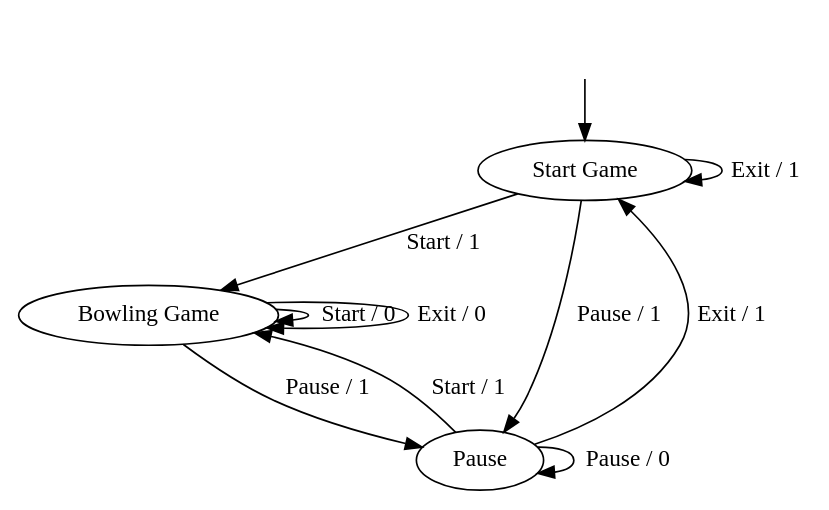
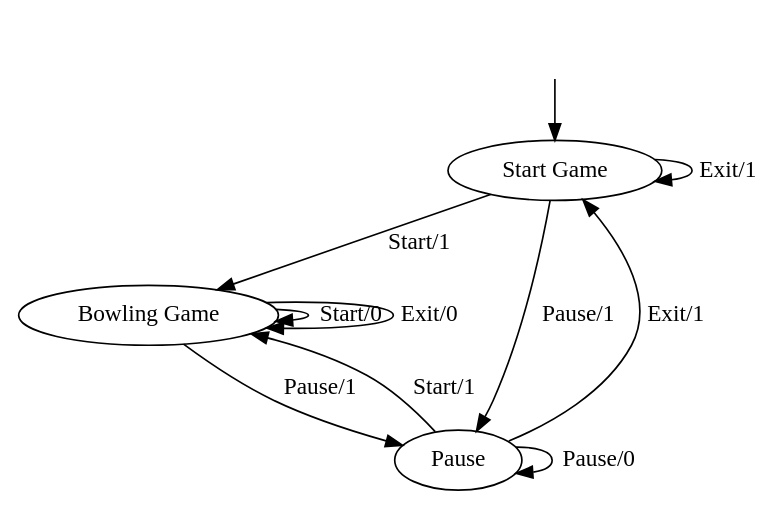
One commit to GianniM123/FFSM_fingerprint changed the diagram in FFSM_diff/dot-files/bowling.dot. Above: the diagram before and after it, drawn with Graphviz. The commit also changed 13 other files, not shown here.

```diff
--- a/FFSM_diff/dot-files/bowling.dot
+++ b/FFSM_diff/dot-files/bowling.dot
@@ -1,20 +1,20 @@
 digraph{
     	graph [version="bowling"];
 
 __start0 [label="" shape="none"];
 __start0 -> "Start Game";
 
 "Start Game"
 "Bowling Game"
 "Pause"
 
-"Start Game" -> "Bowling Game" [label="Start / 1"]
-"Start Game" -> "Start Game" [label="Exit / 1"]
-"Start Game" -> "Pause" [label="Pause / 1"] 
-"Bowling Game" -> "Bowling Game" [label="Start / 0"] 
-"Bowling Game" -> "Bowling Game" [label="Exit / 0"]
-"Bowling Game" -> "Pause" [label="Pause / 1"]
-"Pause"  -> "Bowling Game" [label="Start / 1"]
-"Pause"  -> "Start Game" [label="Exit / 1"]
-"Pause"  -> "Pause" [label="Pause / 0"] 
+"Start Game" -> "Bowling Game" [label="Start/1"]
+"Start Game" -> "Start Game" [label="Exit/1"]
+"Start Game" -> "Pause" [label="Pause/1"] 
+"Bowling Game" -> "Bowling Game" [label="Start/0"] 
+"Bowling Game" -> "Bowling Game" [label="Exit/0"]
+"Bowling Game" -> "Pause" [label="Pause/1"]
+"Pause"  -> "Bowling Game" [label="Start/1"]
+"Pause"  -> "Start Game" [label="Exit/1"]
+"Pause"  -> "Pause" [label="Pause/0"] 
 }
```
